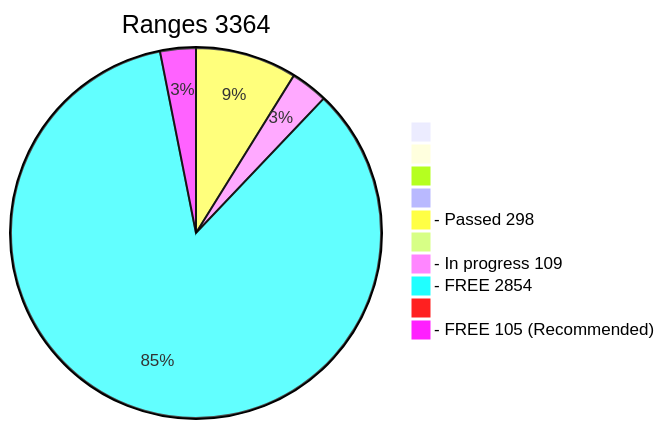
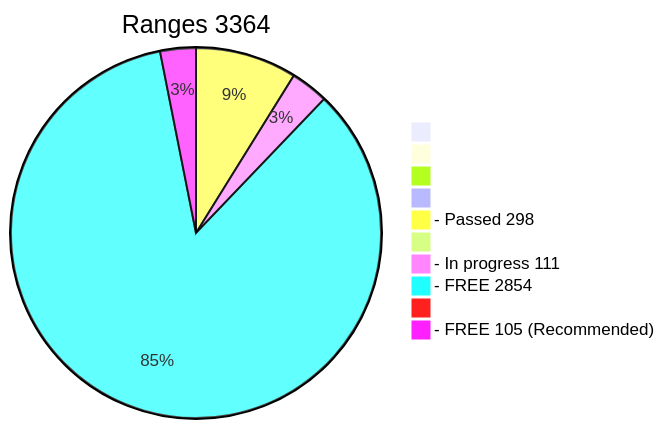
One commit to phrutis/wif500 changed the diagram in x64/Release/table.md. Above: the diagram before and after it, drawn with Mermaid. The commit also changed other lines of this file, not shown here.

````diff
--- a/x64/Release/table.md
+++ b/x64/Release/table.md
@@ -2,13 +2,13 @@
 ```mermaid
 pie title Ranges 3364
   " " : 0
   "  " : 0
   "   " : 0
   "    " : 0
   "- Passed 298" : 298
   "     " : 0
-  "- In progress 109" : 109
+  "- In progress 111" : 111
   "- FREE 2854" : 2854
   "      " : 0
   "- FREE 105 (Recommended)" : 105
 ```
````
